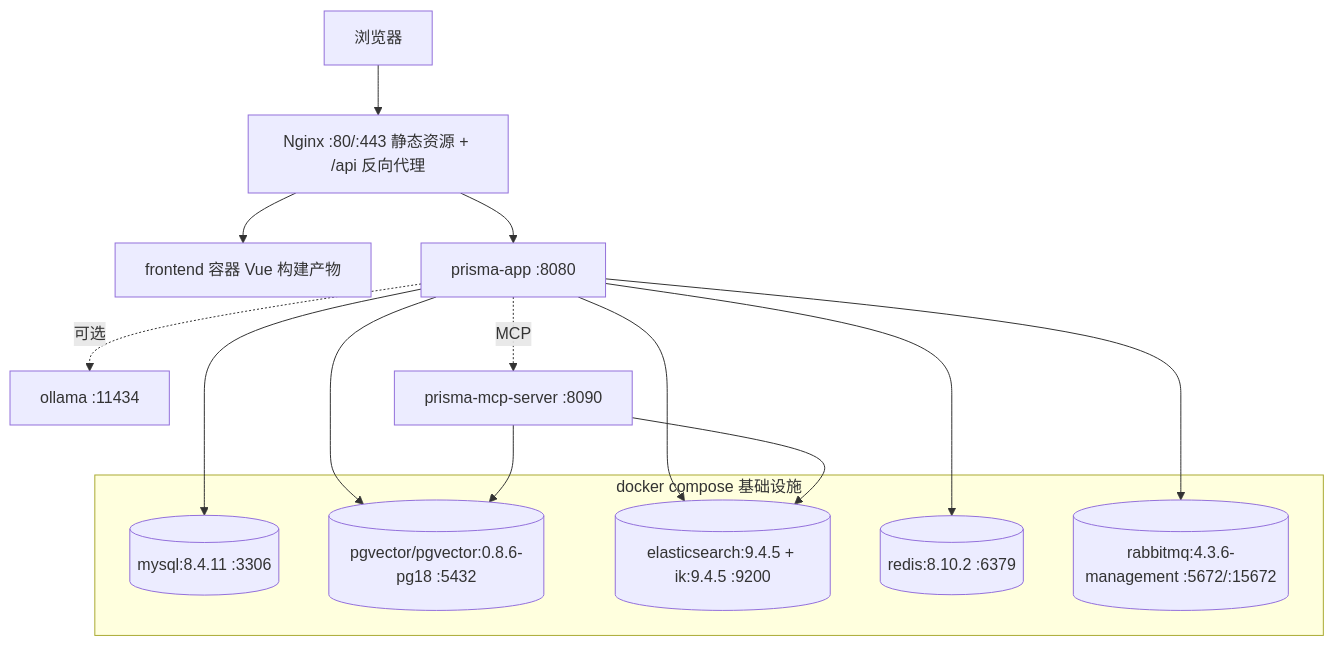
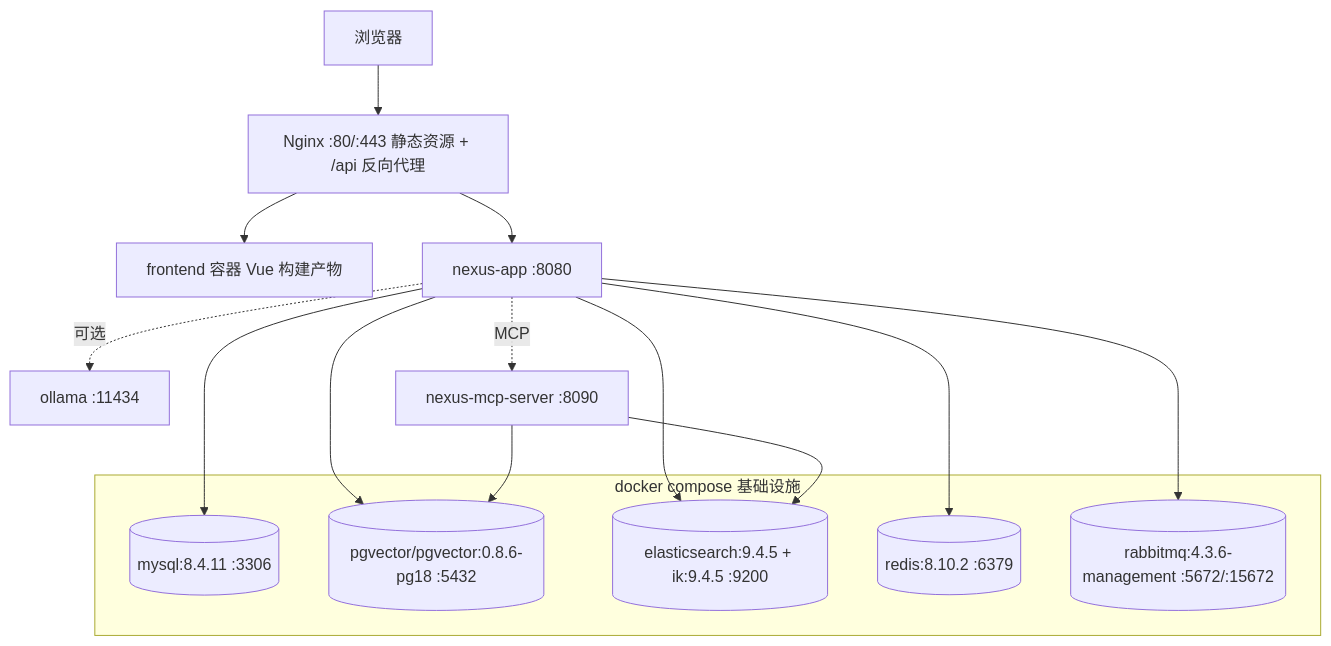
Before and after one commit to Prisdvl/prisdvl-nexus: diagram 15 of 15 in docs/architecture.md, drawn with Mermaid. The commit also changed other lines of this file and 119 other files, not shown here.

````diff
--- a/docs/architecture.md
+++ b/docs/architecture.md
@@ -642,22 +642,22 @@
 ```mermaid
 graph TB
     U["浏览器"] --> NG["Nginx :80/:443 静态资源 + /api 反向代理"]
     NG --> FE["frontend 容器 Vue 构建产物"]
-    NG --> APP["prisma-app :8080"]
+    NG --> APP["nexus-app :8080"]
     subgraph Infra["docker compose 基础设施"]
         MY[("mysql:8.4.11 :3306")]
         PG[("pgvector/pgvector:0.8.6-pg18 :5432")]
         ES[("elasticsearch:9.4.5 + ik:9.4.5 :9200")]
         RD[("redis:8.10.2 :6379")]
         MQ[("rabbitmq:4.3.6-management :5672/:15672")]
     end
     APP --> MY
     APP --> PG
     APP --> ES
     APP --> RD
     APP --> MQ
     APP -.可选.-> OL["ollama :11434"]
-    MCPC["prisma-mcp-server :8090"] --> PG
+    MCPC["nexus-mcp-server :8090"] --> PG
     MCPC --> ES
     APP -.MCP.-> MCPC
 ```
````
